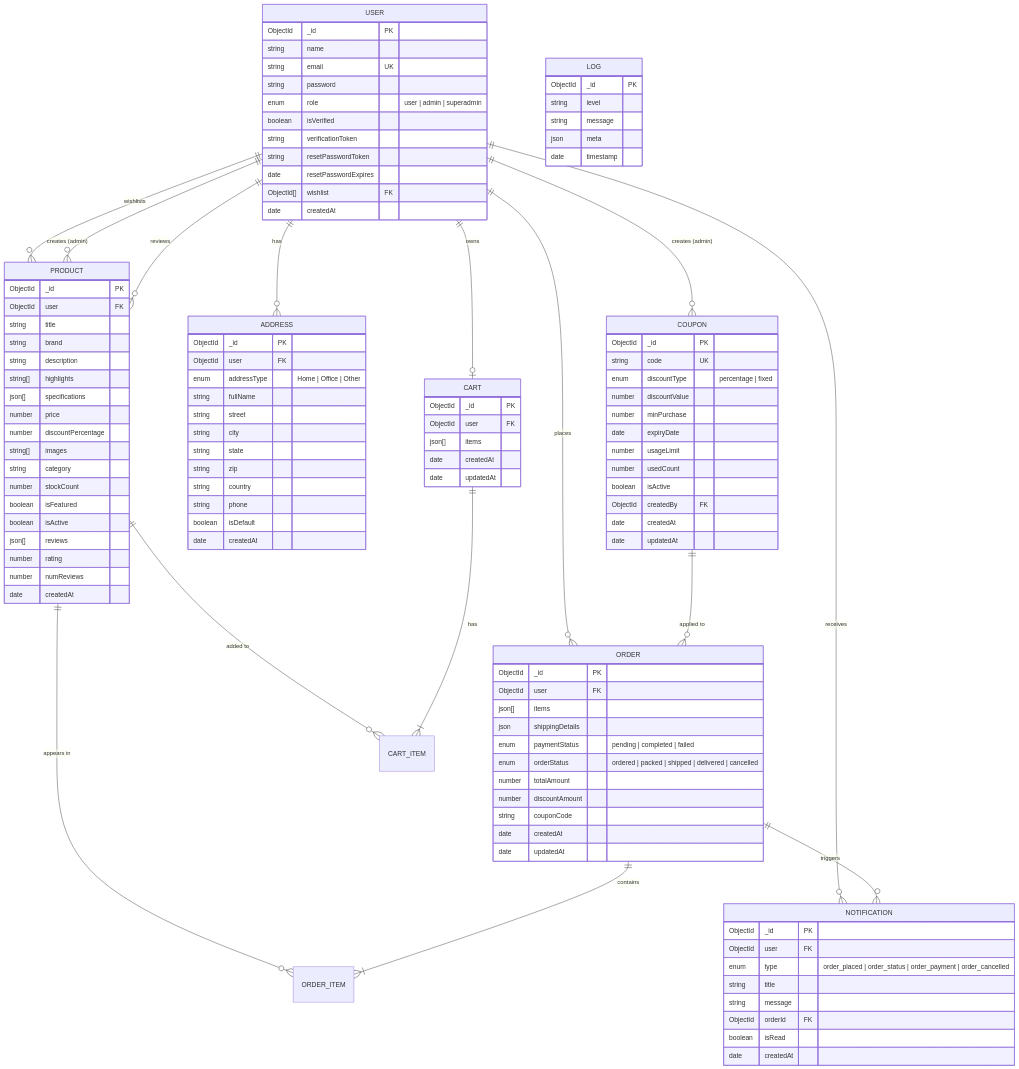
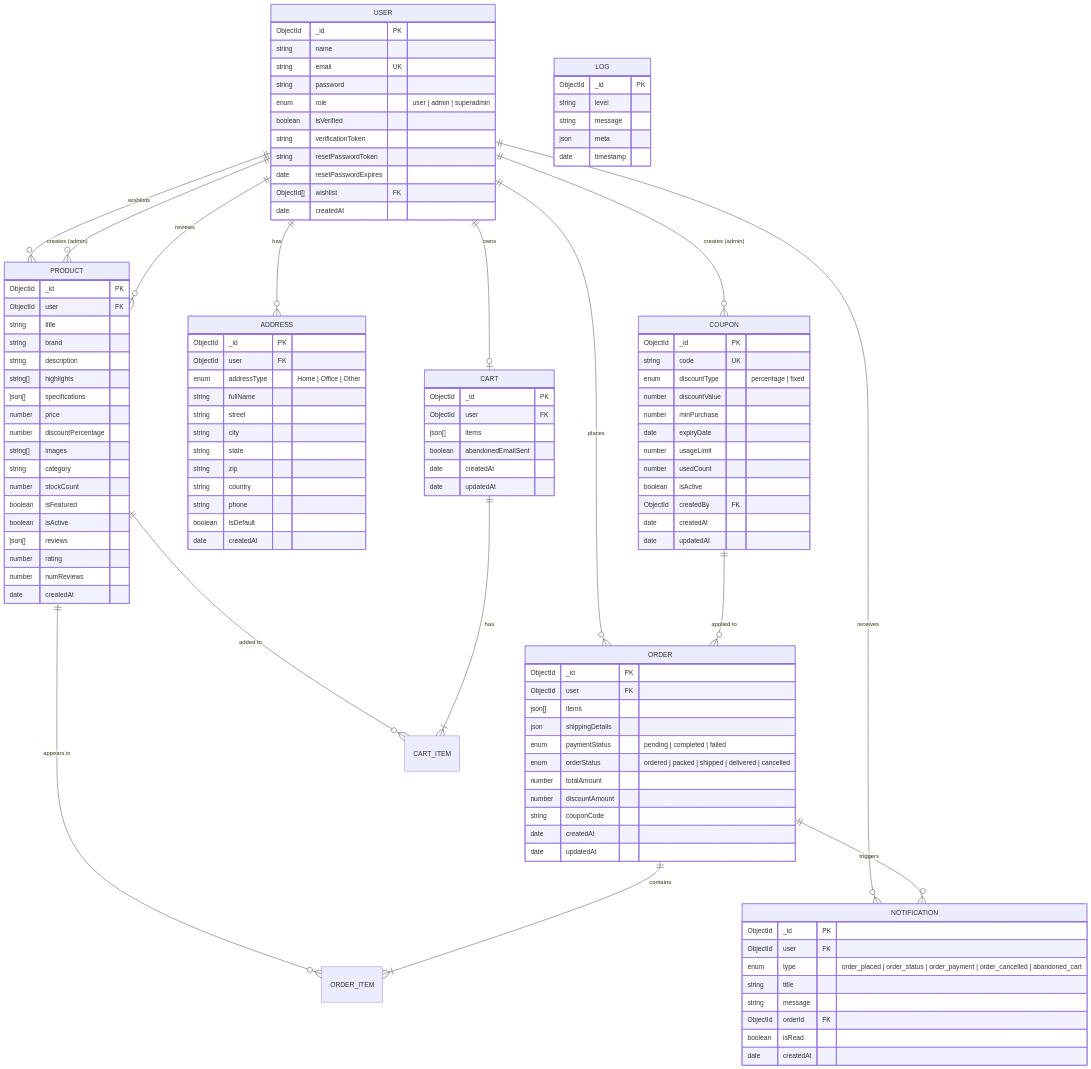
The third of 11 diagrams in architecture_diagrams.md (Narendrakaduru/QuickCart), drawn with Mermaid before and after one commit. The commit also changed other lines of this file and 8 other files, not shown here.

Commit message:
feat: Implement abandoned cart tracking and notification system with new models, controllers, cron job, and updated architecture diagrams.

```diff
--- a/architecture_diagrams.md
+++ b/architecture_diagrams.md
@@ -188,6 +188,7 @@
         ObjectId _id PK
         ObjectId user FK
         json[] items
+        boolean abandonedEmailSent
         date createdAt
         date updatedAt
     }
@@ -233,7 +234,7 @@
     NOTIFICATION {
         ObjectId _id PK
         ObjectId user FK
-        enum type "order_placed | order_status | order_payment | order_cancelled"
+        enum type "order_placed | order_status | order_payment | order_cancelled | abandoned_cart"
         string title
         string message
         ObjectId orderId FK
```
